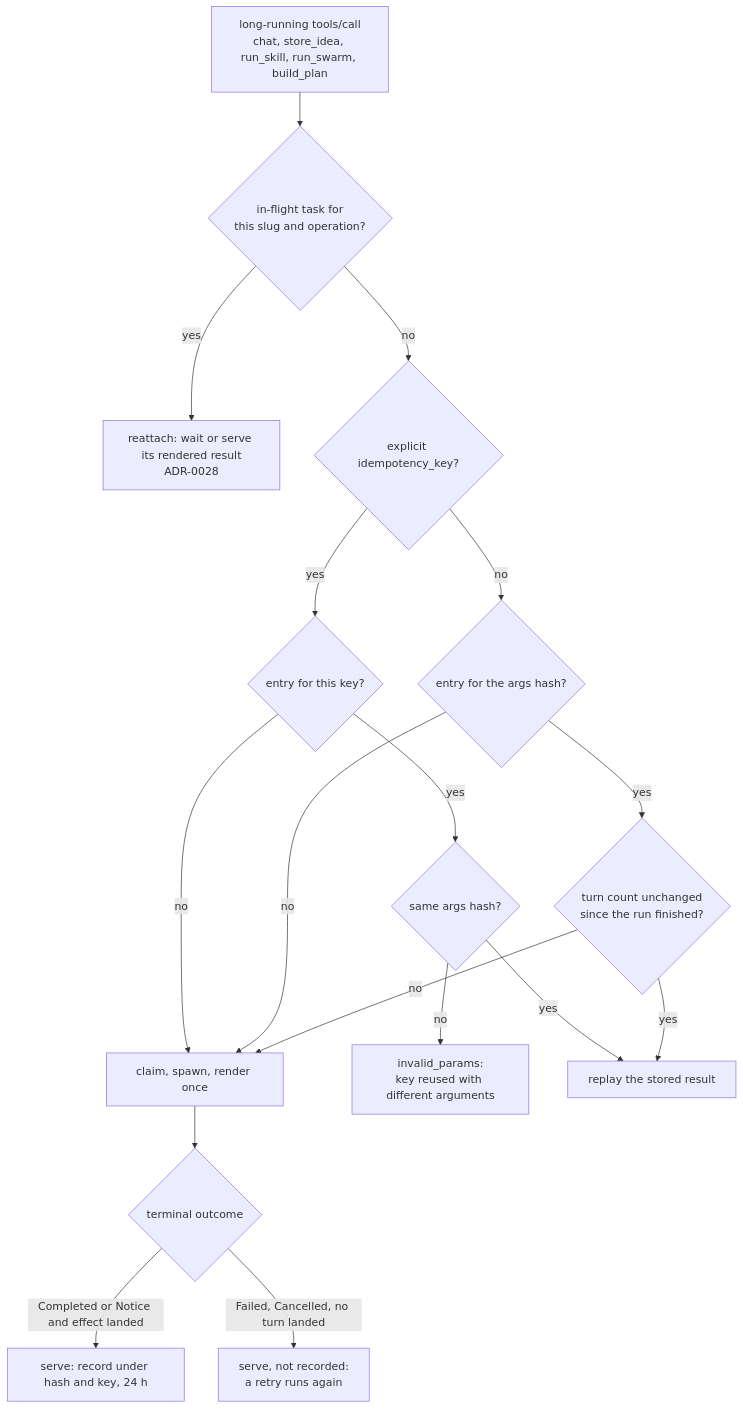
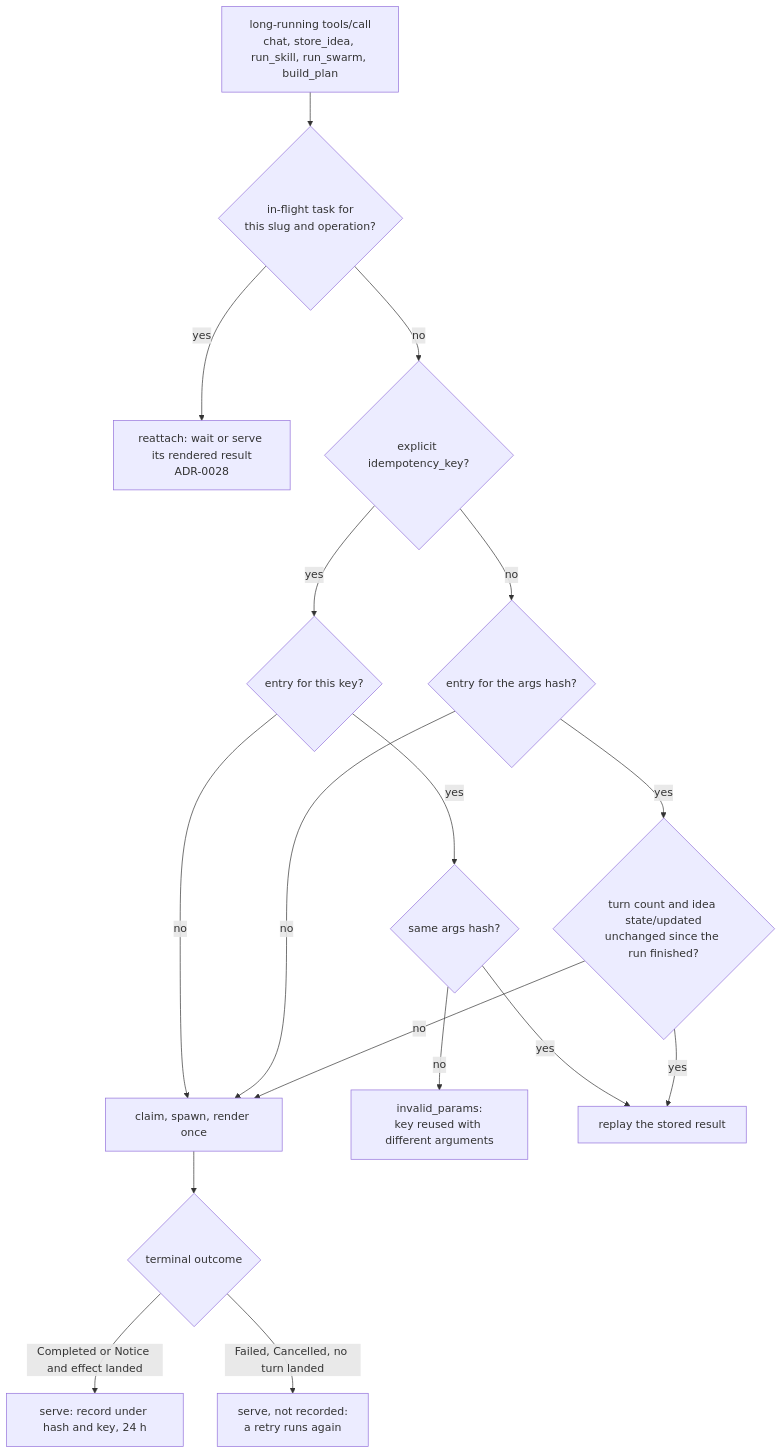
The diagram in docs/13-mcp-server-inbound.md (jasdian/idea-vault), drawn with Mermaid before and after one commit. The commit also changed other lines of this file and 15 other files, not shown here.

````diff
--- a/docs/13-mcp-server-inbound.md
+++ b/docs/13-mcp-server-inbound.md
@@ -195,19 +197,19 @@
 ```mermaid
 flowchart TD
     C[long-running tools/call<br/>chat, store_idea, run_skill, run_swarm, build_plan] --> INF{in-flight task for<br/>this slug and operation?}
     INF -- yes --> RE[reattach: wait or serve its rendered result<br/>ADR-0028]
     INF -- no --> K{explicit idempotency_key?}
     K -- yes --> KL{entry for this key?}
     KL -- no --> RUN[claim, spawn, render once]
     KL -- yes --> KH{same args hash?}
     KH -- no --> IP[invalid_params:<br/>key reused with different arguments]
     KH -- yes --> HIT[replay the stored result]
     K -- no --> HL{entry for the args hash?}
     HL -- no --> RUN
-    HL -- yes --> TC{turn count unchanged<br/>since the run finished?}
+    HL -- yes --> TC{turn count and idea state/updated<br/>unchanged since the run finished?}
     TC -- yes --> HIT
     TC -- no --> RUN
     RUN --> OUT{terminal outcome}
     OUT -- Completed or Notice and effect landed --> REC[serve: record under hash and key, 24 h]
     OUT -- Failed, Cancelled, no turn landed --> NOREC[serve, not recorded:<br/>a retry runs again]
 ```
````
